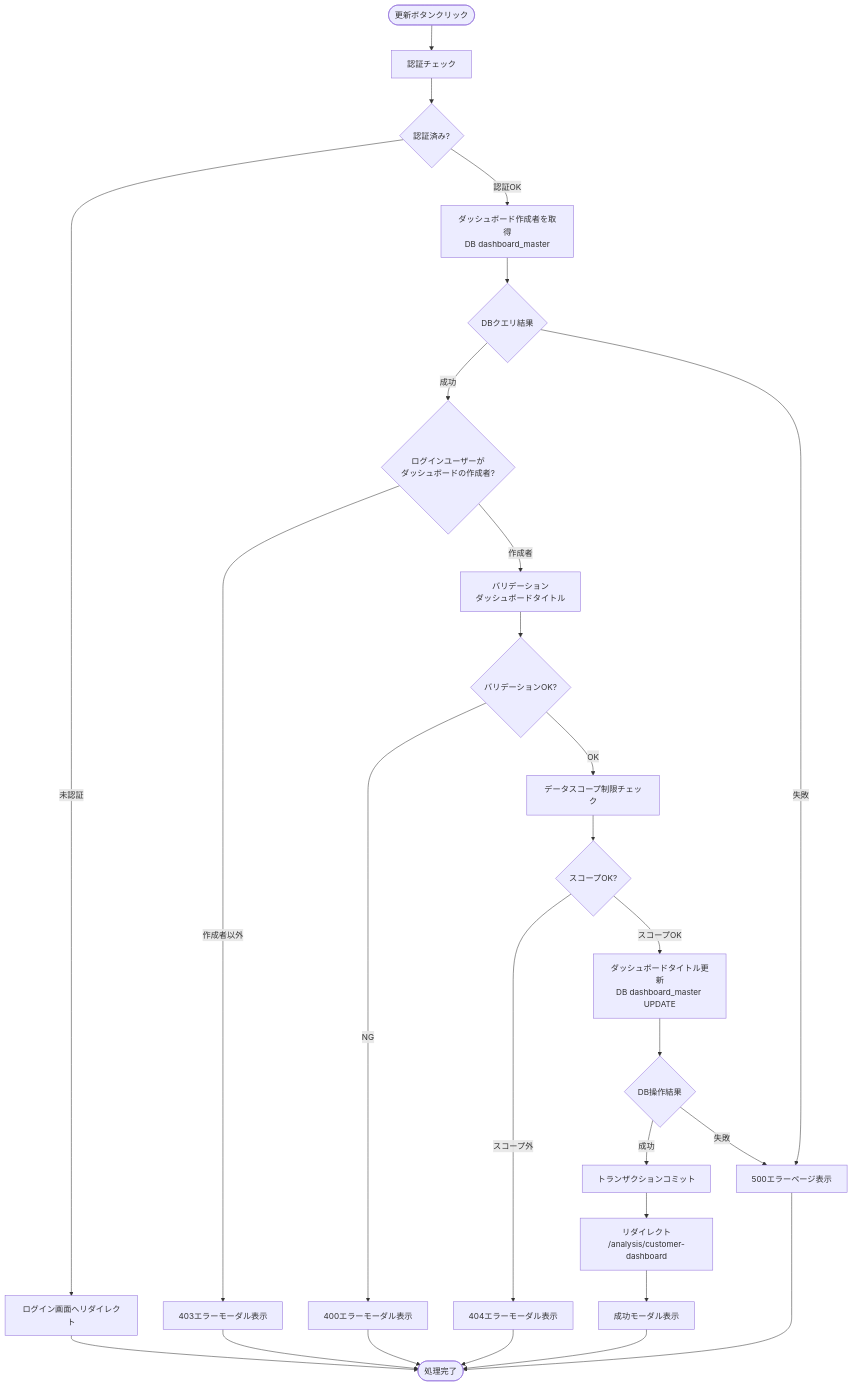
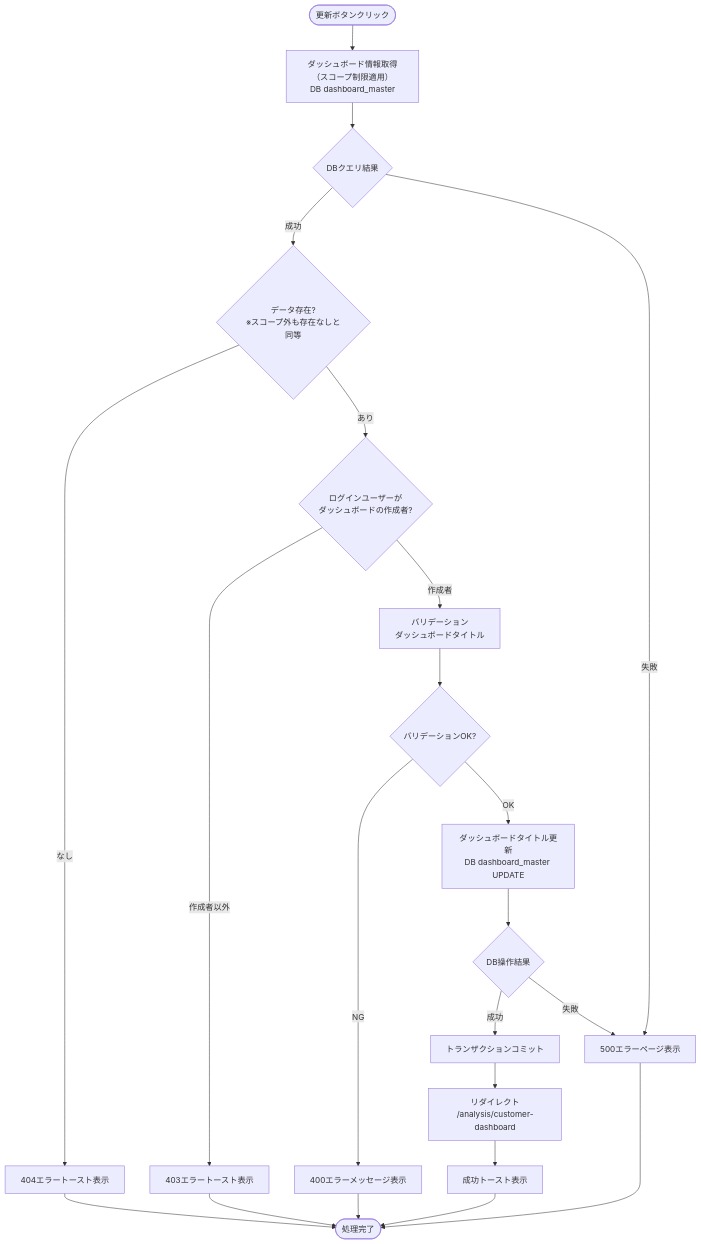
Before and after one commit to NSW-SVCP-AIWG002/Databricks-IoT: the fifth of 17 diagrams in docs/03-features/flask-app/customer-dashboard/common/workflow-specification.md, drawn with Mermaid. The commit also changed other lines of this file and 3 other files, not shown here.

````diff
--- a/docs/03-features/flask-app/customer-dashboard/common/workflow-specification.md
+++ b/docs/03-features/flask-app/customer-dashboard/common/workflow-specification.md
@@ -978,36 +1196,30 @@
 ```mermaid
 flowchart TD
-    Start([更新ボタンクリック]) --> Auth[認証チェック]
-    Auth --> CheckAuth{認証済み?}
-    CheckAuth -->|未認証| LoginRedirect[ログイン画面へリダイレクト]
-    CheckAuth -->|認証OK| DashboardQuery[ダッシュボード作成者を取得<br>DB dashboard_master]
-
+    Start([更新ボタンクリック]) --> DashboardQuery[ダッシュボード情報取得（スコープ制限適用）<br>DB dashboard_master]
     DashboardQuery --> CheckDashboardQuery{DBクエリ結果}
-    CheckDashboardQuery -->|成功| CheckCreator{ログインユーザーが<br>ダッシュボードの作成者?}
+    CheckDashboardQuery -->|成功| CheckDashboard{データ存在?<br>※スコープ外も存在なしと同等}
     CheckDashboardQuery -->|失敗| Error500[500エラーページ表示]
 
-    CheckCreator -->|作成者以外| Error403[403エラーモーダル表示]
+    CheckDashboard -->|なし| Error404[404エラートースト表示]
+    CheckDashboard -->|あり| CheckCreator{ログインユーザーが<br>ダッシュボードの作成者?}
+
+    CheckCreator -->|作成者以外| Error403[403エラートースト表示]
     CheckCreator -->|作成者| Validate[バリデーション<br>ダッシュボードタイトル]
 
     Validate --> CheckValidate{バリデーションOK?}
-    CheckValidate -->|NG| Error400[400エラーモーダル表示]
-    CheckValidate -->|OK| Scope[データスコープ制限チェック]
-
-    Scope --> CheckScope{スコープOK?}
-    CheckScope -->|スコープ外| Error404[404エラーモーダル表示]
-    CheckScope -->|スコープOK| Update[ダッシュボードタイトル更新<br>DB dashboard_master UPDATE]
+    CheckValidate -->|NG| Error400[400エラーメッセージ表示]
+    CheckValidate -->|OK| Update[ダッシュボードタイトル更新<br>DB dashboard_master UPDATE]
 
     Update --> CheckUpdate{DB操作結果}
     CheckUpdate -->|成功| Commit[トランザクションコミット]
     CheckUpdate -->|失敗| Error500
 
     Commit --> Redirect[リダイレクト<br>/analysis/customer-dashboard]
-    Redirect --> 200OK[成功モーダル表示]
+    Redirect --> 200OK[成功トースト表示]
 
-    LoginRedirect --> End([処理完了])
-    200OK --> End
+    200OK --> End([処理完了])
     Error400 --> End
     Error403 --> End
     Error404 --> End
     Error500 --> End
 ```
````
